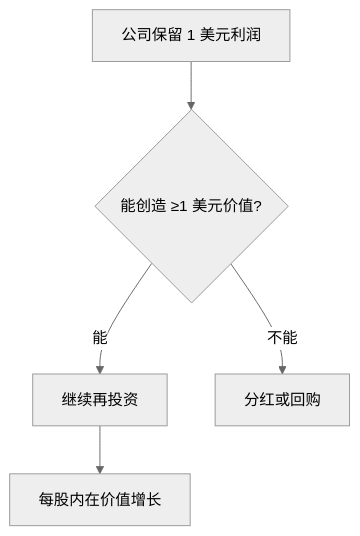
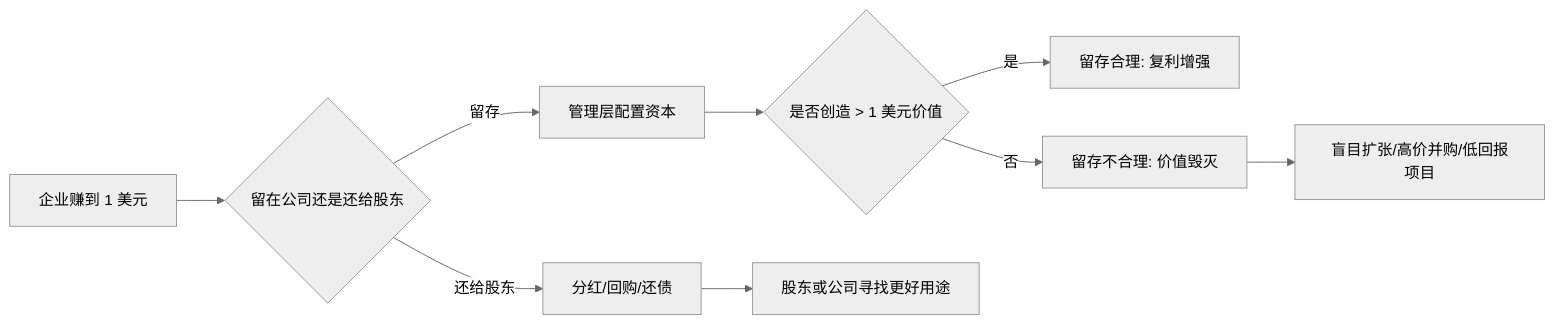
One commit to digoal/blog changed the diagram in 202605/20260519_15.md. Above: the diagram before and after it, drawn with Mermaid (neutral theme). The commit also changed other lines of this file and 51 other files, not shown here.

````diff
--- a/202605/20260519_15.md
+++ b/202605/20260519_15.md
@@ -22,7 +24,11 @@
 ```mermaid
-flowchart TD
-  A["公司保留 1 美元利润"] --> B{"能创造 ≥1 美元价值?"}
-  B -- "能" --> C["继续再投资"]
-  B -- "不能" --> D["分红或回购"]
-  C --> E["每股内在价值增长"]
+flowchart LR
+  A["企业赚到 1 美元"] --> B{"留在公司还是还给股东"}
+  B -- "留存" --> C["管理层配置资本"]
+  C --> D{"是否创造 > 1 美元价值"}
+  D -- "是" --> E["留存合理: 复利增强"]
+  D -- "否" --> F["留存不合理: 价值毁灭"]
+  B -- "还给股东" --> G["分红/回购/还债"]
+  G --> H["股东或公司寻找更好用途"]
+  F --> I["盲目扩张/高价并购/低回报项目"]
 ```
````
